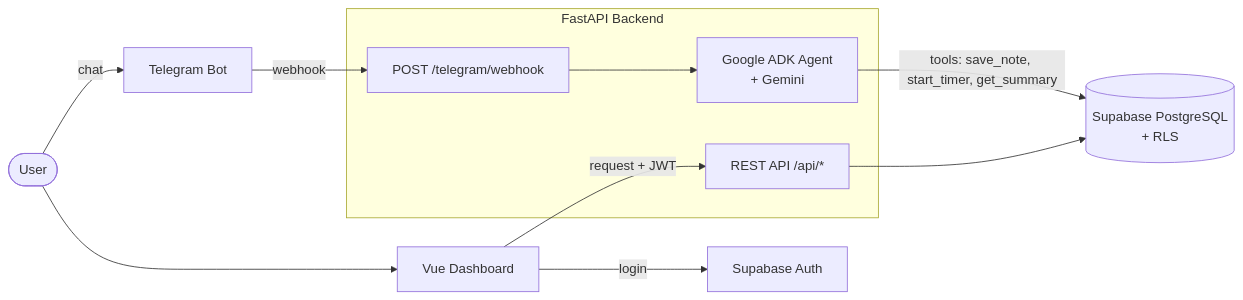
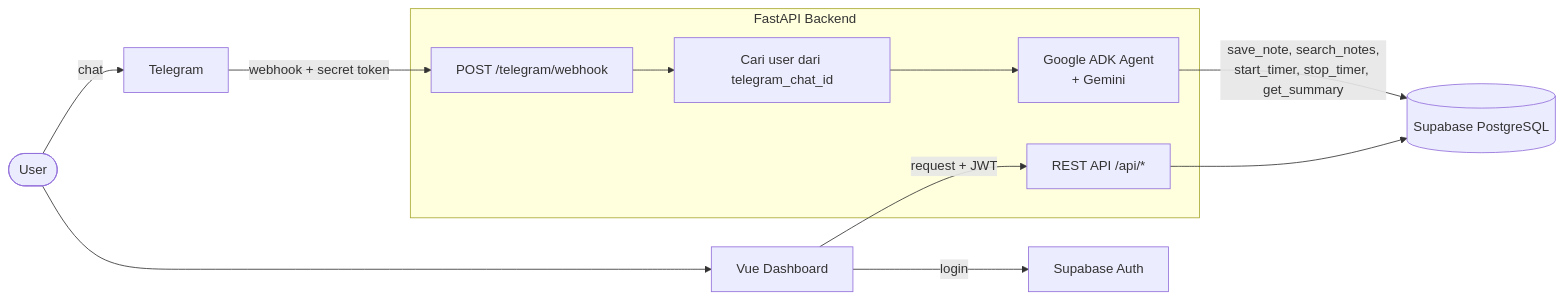
Before and after one commit to fransalwan/second-brain-agent: the diagram in README.md, drawn with Mermaid. The commit also changed other lines of this file, not shown here.

First line of the commit message:
docs: update README for webhook + ADK agent setup

````diff
--- a/README.md
+++ b/README.md
@@ -30,23 +44,25 @@
 ```mermaid
 flowchart LR
     U([User])
-    TG[Telegram Bot]
+    TG[Telegram]
     VUE[Vue Dashboard]
     AUTH[Supabase Auth]
-    DB[(Supabase PostgreSQL<br/>+ RLS)]
+    DB[(Supabase PostgreSQL)]
 
     subgraph BE[FastAPI Backend]
         WH[POST /telegram/webhook]
+        MAP[Cari user dari telegram_chat_id]
         AG[Google ADK Agent<br/>+ Gemini]
         API[REST API /api/*]
     end
 
     U -->|chat| TG
-    TG -->|webhook| WH
-    WH --> AG
-    AG -->|"tools: save_note, start_timer, get_summary"| DB
+    TG -->|webhook + secret token| WH
+    WH --> MAP
+    MAP --> AG
+    AG -->|"save_note, search_notes,<br/>start_timer, stop_timer, get_summary"| DB
     U --> VUE
     VUE -->|login| AUTH
     VUE -->|request + JWT| API
     API --> DB
 ```
````
